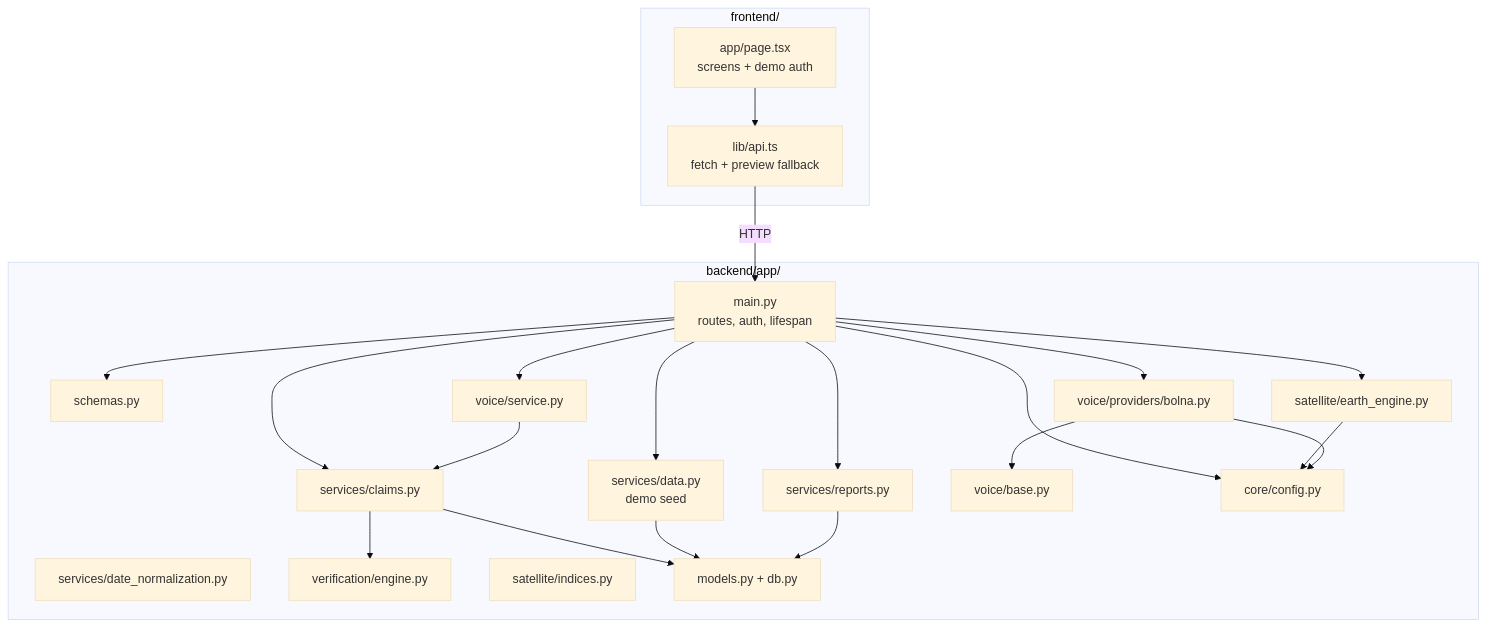
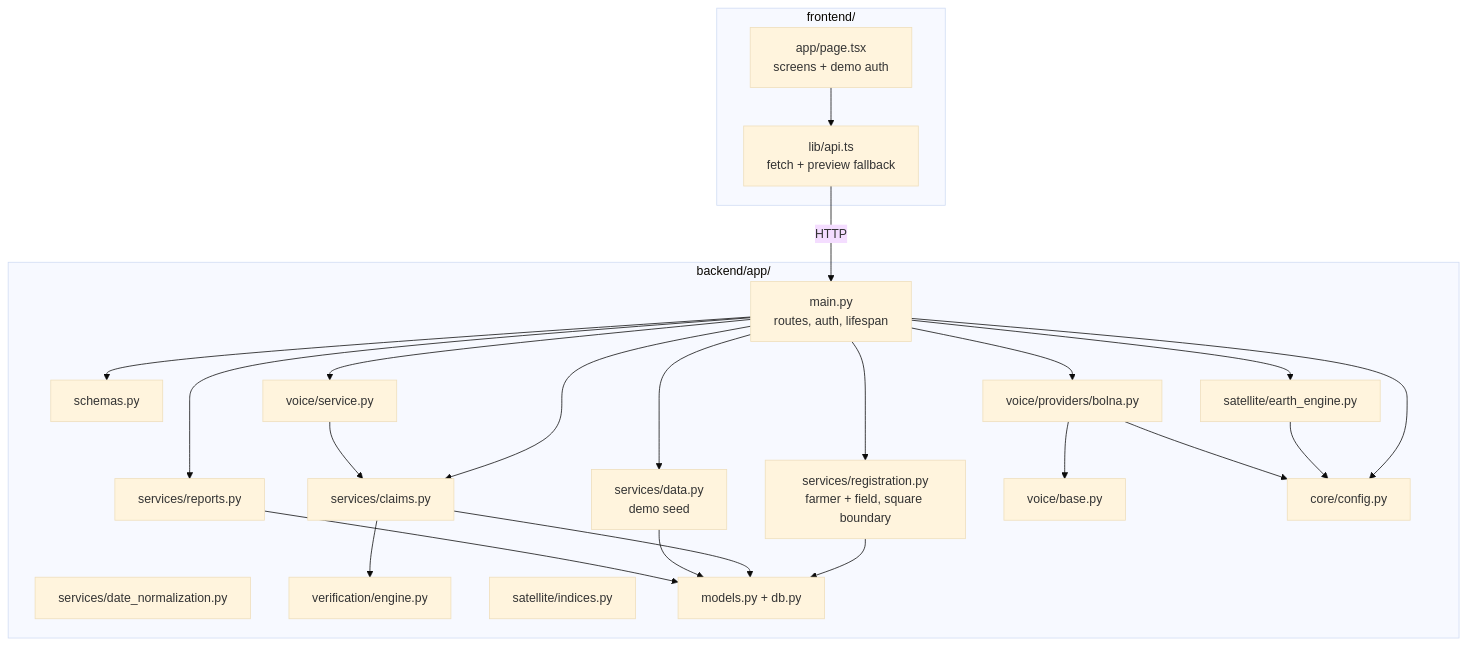
One commit to Divzy-B/AgriVerify changed the diagram in docs/component-map.md. Above: the diagram before and after it, drawn with Mermaid (base theme). The commit also changed other lines of this file and 16 other files, not shown here.

````diff
--- a/docs/component-map.md
+++ b/docs/component-map.md
@@ -5,41 +5,44 @@
 ```mermaid
 flowchart TD
     subgraph FE[frontend/]
         Page[app/page.tsx<br/>screens + demo auth]
         ApiTs[lib/api.ts<br/>fetch + preview fallback]
     end
     subgraph BE[backend/app/]
         Main[main.py<br/>routes, auth, lifespan]
         Schemas[schemas.py]
         Claims[services/claims.py]
+        Reg[services/registration.py<br/>farmer + field, square boundary]
         Data[services/data.py<br/>demo seed]
         Reports[services/reports.py]
         DateN[services/date_normalization.py]
         Engine[verification/engine.py]
         EE[satellite/earth_engine.py]
         Idx[satellite/indices.py]
         VSvc[voice/service.py]
         VBase[voice/base.py]
         Bolna[voice/providers/bolna.py]
         Models[models.py + db.py]
         Cfg[core/config.py]
     end
     Page --> ApiTs
     ApiTs -- HTTP --> Main
     Main --> Schemas
     Main --> Claims
+    Main --> Reg
+    Reg --> Models
     Main --> Data
     Main --> Reports
     Main --> EE
     Main --> VSvc
     Main --> Bolna
     VSvc --> Claims
     Claims --> Engine
     Claims --> Models
     Data --> Models
     Reports --> Models
     Bolna --> VBase
     Main --> Cfg
     EE --> Cfg
     Bolna --> Cfg
 ```
````
